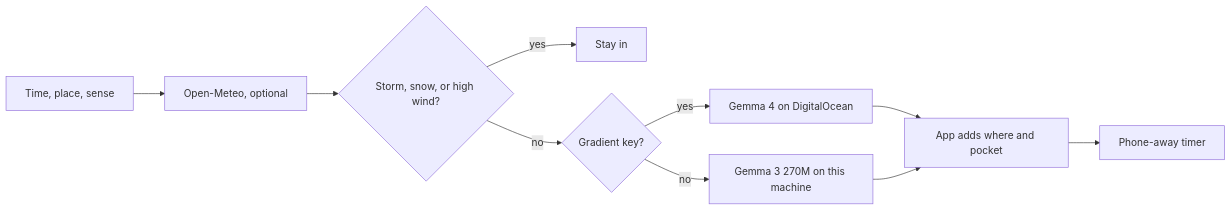
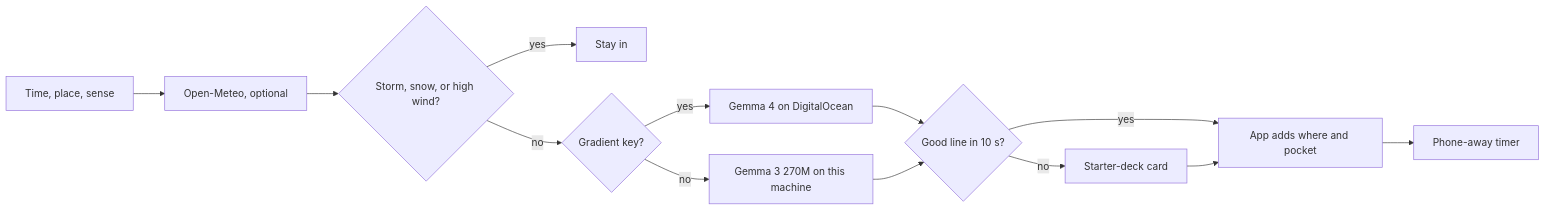
The diagram in SUBMISSION.md (surajns0033-collab/pocket-grass), drawn with Mermaid before and after one commit. The commit also changed other lines of this file and 5 other files, not shown here.

````diff
--- a/SUBMISSION.md
+++ b/SUBMISSION.md
@@ -55,12 +61,15 @@
 ```mermaid
 flowchart LR
   A[Time, place, sense] --> B[Open-Meteo, optional]
   B --> C{Storm, snow, or high wind?}
   C -->|yes| D[Stay in]
   C -->|no| E{Gradient key?}
   E -->|yes| F[Gemma 4 on DigitalOcean]
   E -->|no| G[Gemma 3 270M on this machine]
-  F --> H[App adds where and pocket]
-  G --> H
+  F --> K{Good line in 10 s?}
+  G --> K
+  K -->|yes| H[App adds where and pocket]
+  K -->|no| L[Starter-deck card]
+  L --> H
   H --> I[Phone-away timer]
 ```
````
